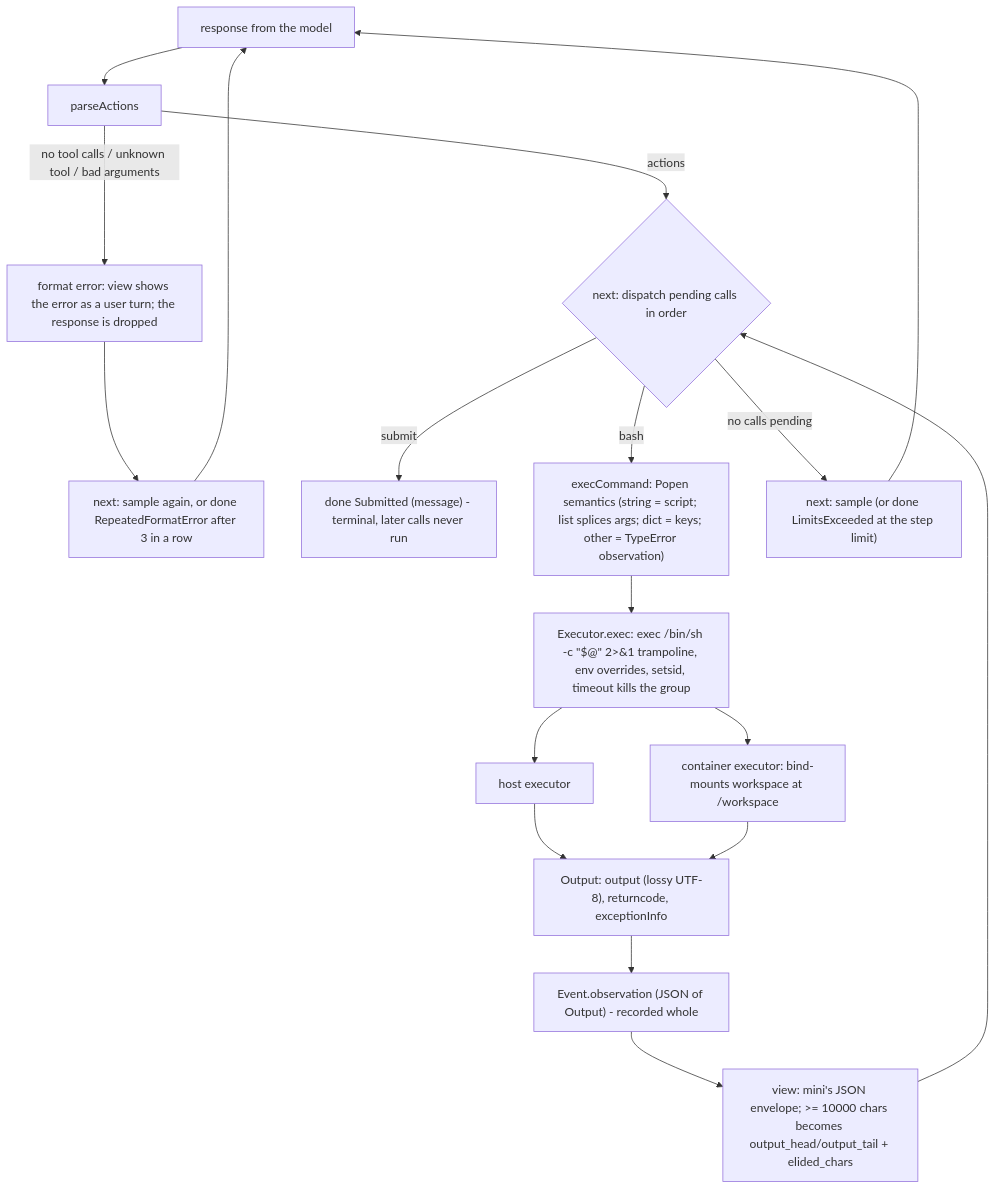
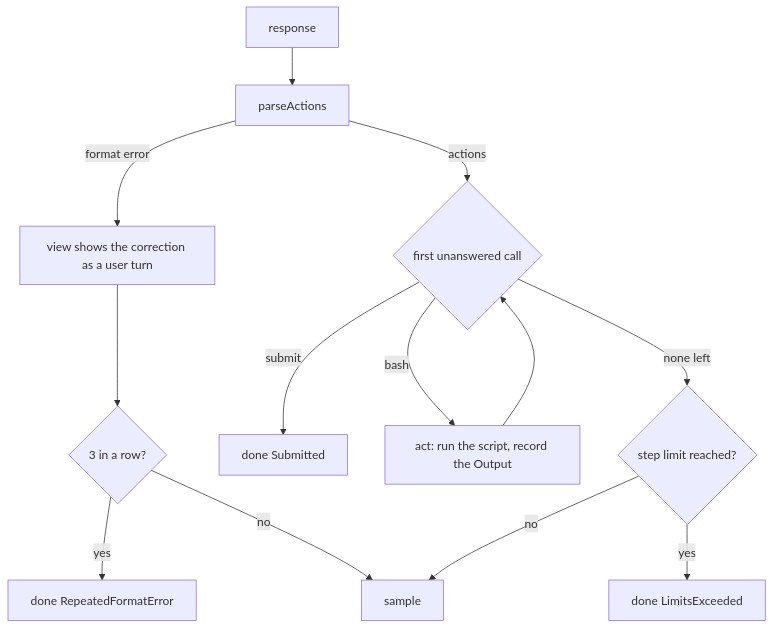
One commit to mechtaev/alaya changed the second of 2 diagrams in docs/miniswe.md. Above: the diagram before and after it, drawn with Mermaid. The commit also changed other lines of this file and 8 other files, not shown here.

````diff
--- a/docs/miniswe.md
+++ b/docs/miniswe.md
@@ -128,20 +129,15 @@
 ```mermaid
 flowchart TD
-    Start["response from the model"] --> Parse["parseActions"]
-    Parse -->|"no tool calls / unknown tool / bad arguments"| FmtErr["format error: view shows the error as a user turn; the response is dropped"]
-    FmtErr --> Limit["next: sample again, or done RepeatedFormatError after 3 in a row"]
-    Limit --> Start
-    Parse -->|"actions"| Next{"next: dispatch pending calls in order"}
-    Next -->|"submit"| Submit["done Submitted (message) - terminal, later calls never run"]
-    Next -->|"bash"| ExecCmd["execCommand: Popen semantics (string = script; list splices args; dict = keys; other = TypeError observation)"]
-    ExecCmd --> ExecIface["Executor.exec: exec /bin/sh -c #quot;$@#quot; 2>&1 trampoline, env overrides, setsid, timeout kills the group"]
-    ExecIface --> HostExec["host executor"]
-    ExecIface --> ContainerExec["container executor: bind-mounts workspace at /workspace"]
-    HostExec --> Output["Output: output (lossy UTF-8), returncode, exceptionInfo"]
-    ContainerExec --> Output
-    Output --> Obs["Event.observation (JSON of Output) - recorded whole"]
-    Obs --> View["view: mini's JSON envelope; >= 10000 chars becomes output_head/output_tail + elided_chars"]
-    View --> Next
-    Next -->|"no calls pending"| SampleAgain["next: sample (or done LimitsExceeded at the step limit)"]
-    SampleAgain --> Start
+  R["response"] --> P["parseActions"]
+  P -->|"format error"| F["view shows the correction as a user turn"]
+  F --> N1{"3 in a row?"}
+  N1 -->|yes| D1["done RepeatedFormatError"]
+  N1 -->|no| S["sample"]
+  P -->|"actions"| A{"first unanswered call"}
+  A -->|"submit"| D2["done Submitted"]
+  A -->|"bash"| X["act: run the script, record the Output"]
+  X --> A
+  A -->|"none left"| L{"step limit reached?"}
+  L -->|yes| D3["done LimitsExceeded"]
+  L -->|no| S
 ```
````
